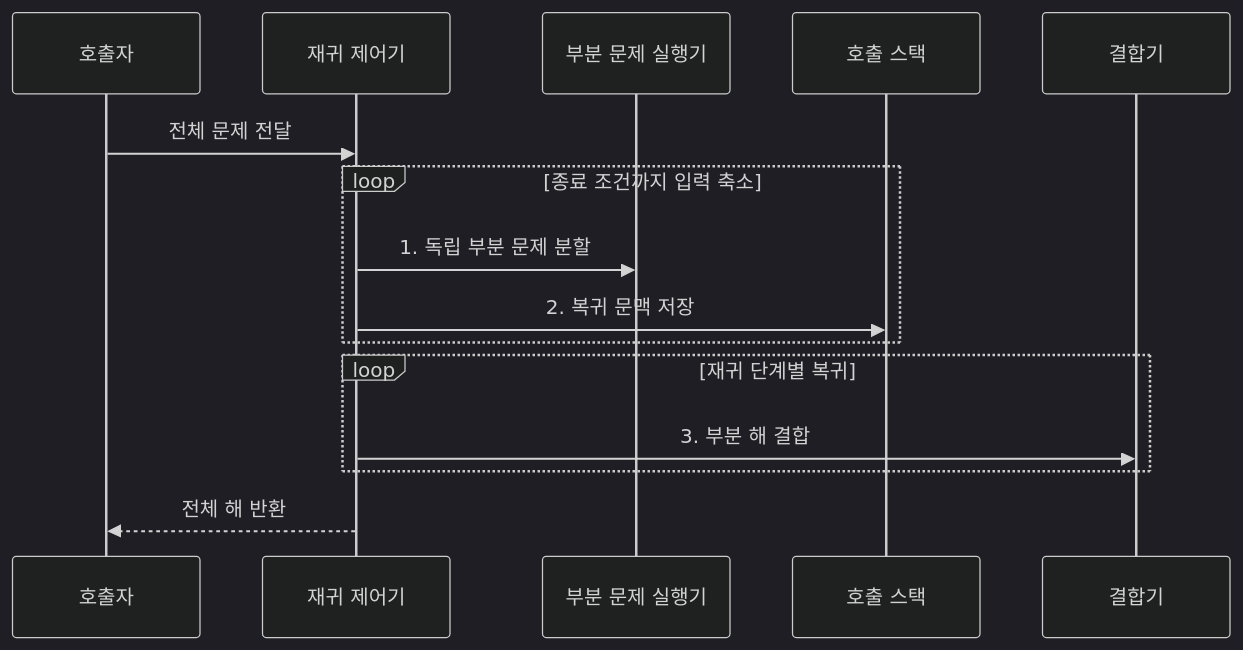
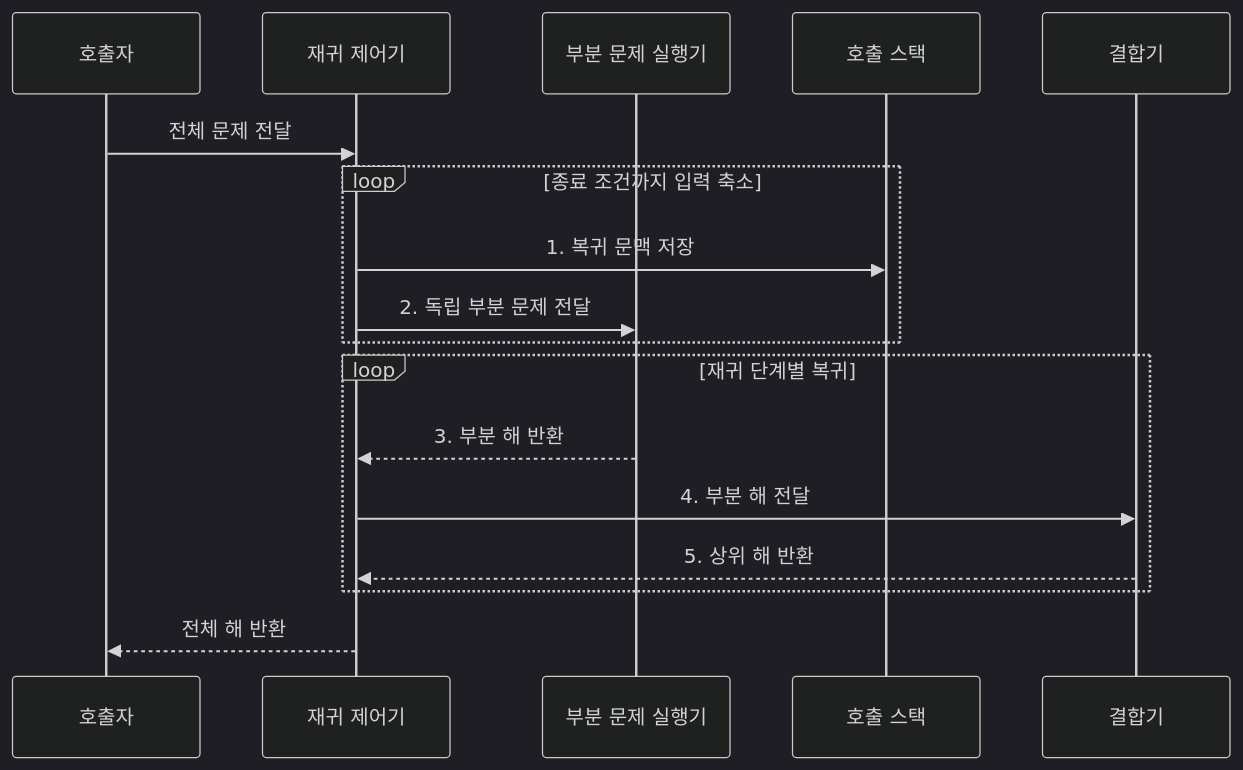
Before and after one commit to agnusdei1207/knowledge-base: the second of 2 diagrams in src/content/docs/notes/01-basic-theory/014_divide_and_conquer.md, drawn with Mermaid (dark theme). The commit also changed other lines of this file and 19 other files, not shown here.

````diff
--- a/src/content/docs/notes/01-basic-theory/014_divide_and_conquer.md
+++ b/src/content/docs/notes/01-basic-theory/014_divide_and_conquer.md
@@ -87,17 +87,19 @@
 ```mermaid
 sequenceDiagram
     participant Q as 호출자
     participant R as 재귀 제어기
     participant P as 부분 문제 실행기
     participant S as 호출 스택
     participant C as 결합기
     Q->>R: 전체 문제 전달
     loop 종료 조건까지 입력 축소
-        R->>P: 1. 독립 부분 문제 분할
-        R->>S: 2. 복귀 문맥 저장
+        R->>S: 1. 복귀 문맥 저장
+        R->>P: 2. 독립 부분 문제 전달
     end
     loop 재귀 단계별 복귀
-        R->>C: 3. 부분 해 결합
+        P-->>R: 3. 부분 해 반환
+        R->>C: 4. 부분 해 전달
+        C-->>R: 5. 상위 해 반환
     end
     R-->>Q: 전체 해 반환
 ```
````
